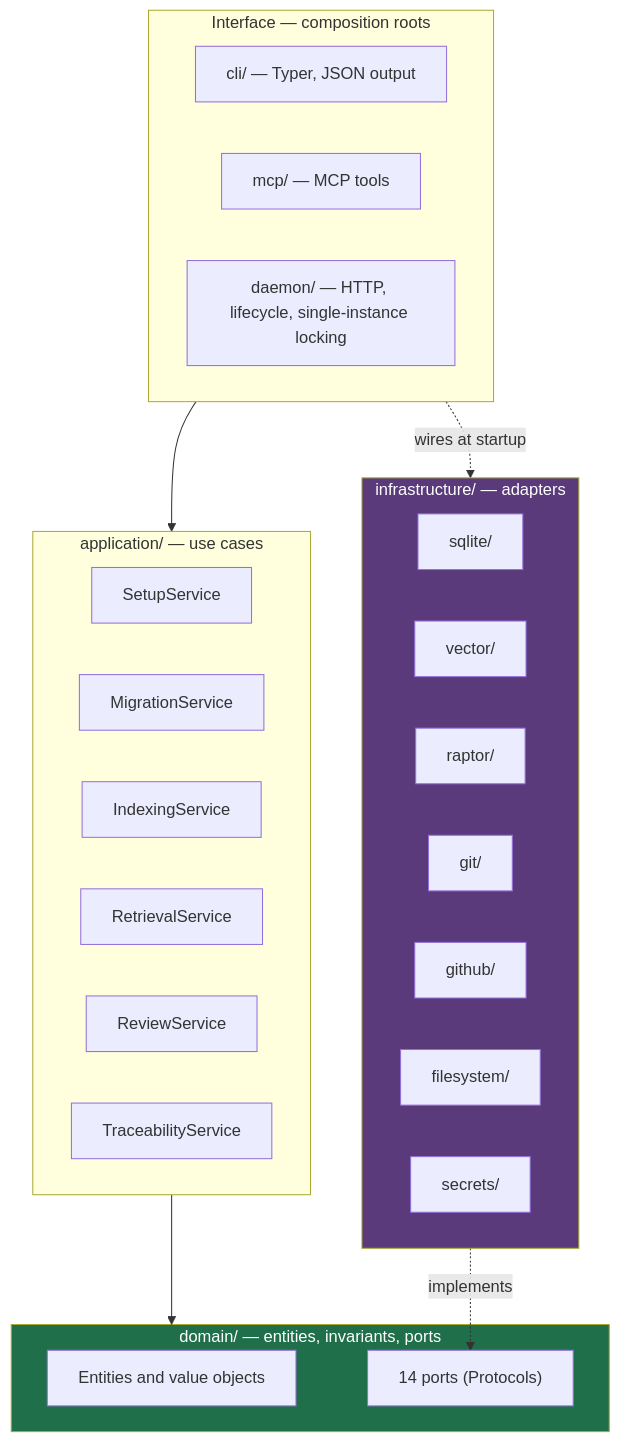
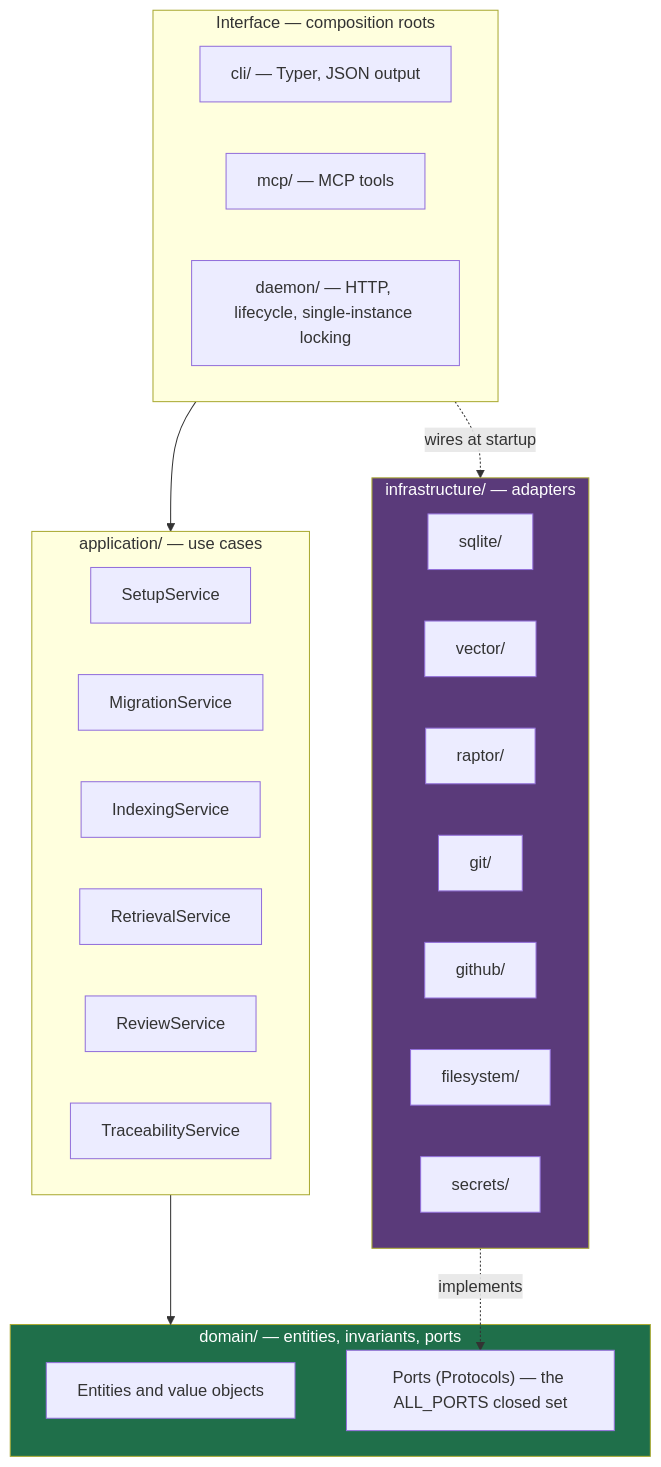
Before and after one commit to theurian/theurian: the first of 5 diagrams in docs/architecture/overview.md, drawn with Mermaid. The commit also changed 6 other files, not shown here.

````diff
--- a/docs/architecture/overview.md
+++ b/docs/architecture/overview.md
@@ -14,39 +14,39 @@
 ```mermaid
 flowchart TB
     subgraph Interface["Interface — composition roots"]
         CLI["cli/ — Typer, JSON output"]
         MCPS["mcp/ — MCP tools"]
         DMN["daemon/ — HTTP, lifecycle, single-instance locking"]
     end
 
     subgraph App["application/ — use cases"]
         SETUP["SetupService"]
         MIGR["MigrationService"]
         IDX["IndexingService"]
         RET["RetrievalService"]
         REV["ReviewService"]
         TRC["TraceabilityService"]
     end
 
     subgraph Domain["domain/ — entities, invariants, ports"]
         ENT["Entities and value objects"]
-        PORT["14 ports (Protocols)"]
+        PORT["Ports (Protocols) — the ALL_PORTS closed set"]
     end
 
     subgraph Infra["infrastructure/ — adapters"]
         SQL["sqlite/"]
         VEC["vector/"]
         RAP["raptor/"]
         GIT["git/"]
         GH["github/"]
         FS["filesystem/"]
         SEC["secrets/"]
     end
 
     Interface --> App --> Domain
     Infra -.implements.-> PORT
     Interface -.wires at startup.-> Infra
 
     style Domain fill:#1f6f4a,color:#fff
     style Infra fill:#5a3a7a,color:#fff
 ```
````
